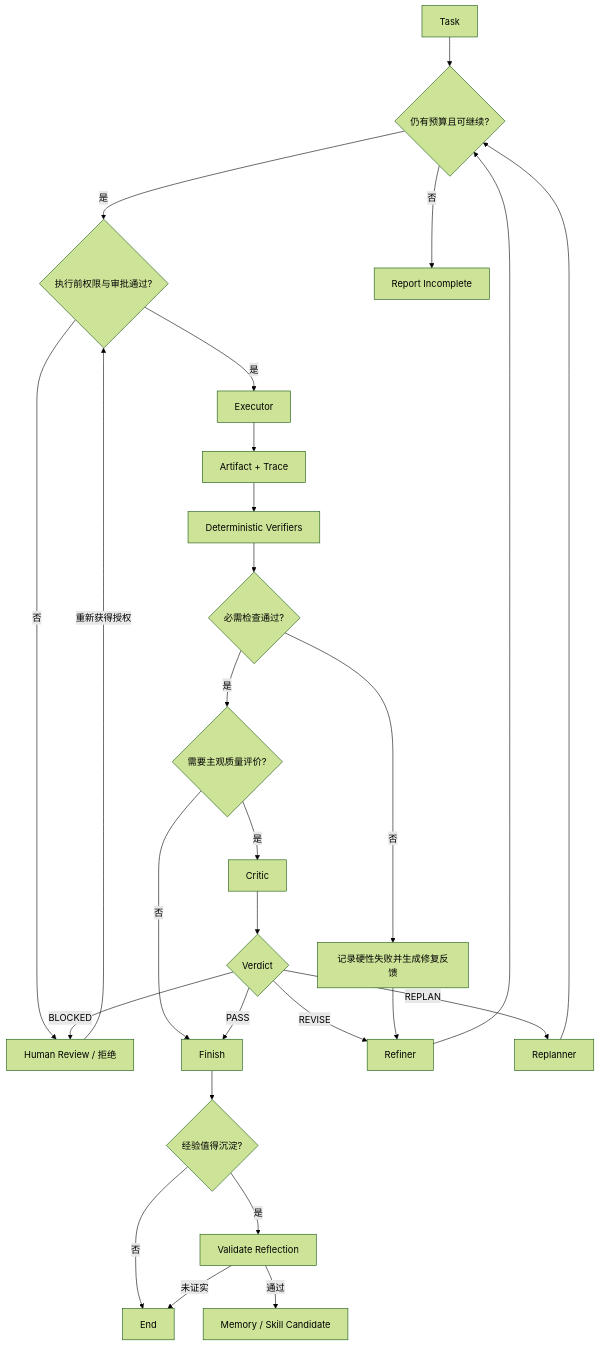
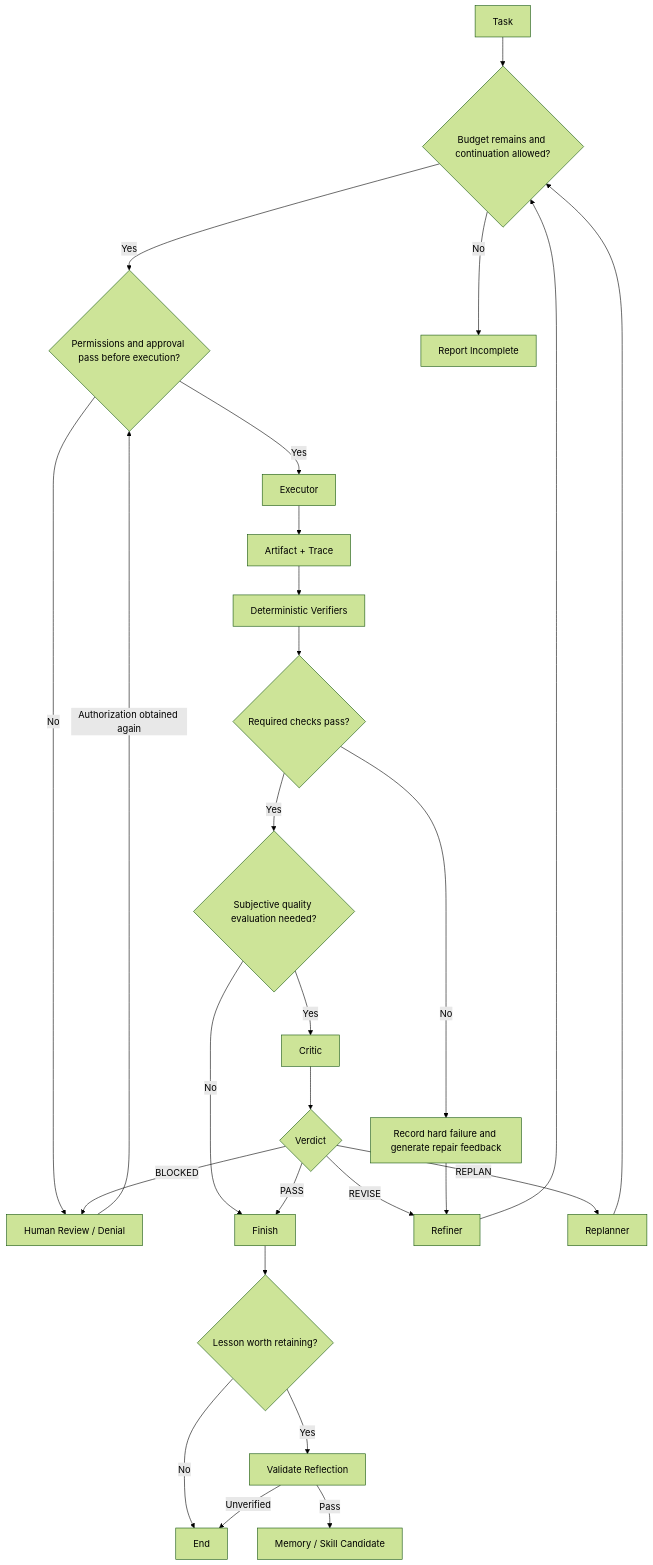
Before and after one commit to oneleaveknowsthefall/awesome-ai-roadmap: diagram 23 of 23 in docs/agent/02-reasoning-planning/12-agent-reflection.md, drawn with Mermaid (forest theme). The commit also changed other lines of this file and 68 other files, not shown here.

````diff
--- a/docs/agent/02-reasoning-planning/12-agent-reflection.md
+++ b/docs/agent/02-reasoning-planning/12-agent-reflection.md
@@ -1144,33 +1144,33 @@
 ```mermaid
 flowchart TB
-    TASK[Task] --> BUDGET{仍有预算且可继续?}
-    BUDGET -->|是| GATE{执行前权限与审批通过?}
-    BUDGET -->|否| PARTIAL[Report Incomplete]
-    GATE -->|是| EXEC[Executor]
-    GATE -->|否| HUMAN[Human Review / 拒绝]
-    HUMAN -->|重新获得授权| GATE
+    TASK[Task] --> BUDGET{Budget remains and continuation allowed?}
+    BUDGET -->|Yes| GATE{Permissions and approval pass before execution?}
+    BUDGET -->|No| PARTIAL[Report Incomplete]
+    GATE -->|Yes| EXEC[Executor]
+    GATE -->|No| HUMAN[Human Review / Denial]
+    HUMAN -->|Authorization obtained again| GATE
     EXEC --> ART[Artifact + Trace]
 
     ART --> DV[Deterministic Verifiers]
-    DV --> HARD{必需检查通过?}
-    HARD -->|否| FAILURE[记录硬性失败并生成修复反馈]
-    HARD -->|是| NEED{需要主观质量评价?}
-    NEED -->|否| DONE[Finish]
-    NEED -->|是| CRITIC[Critic]
+    DV --> HARD{Required checks pass?}
+    HARD -->|No| FAILURE[Record hard failure and generate repair feedback]
+    HARD -->|Yes| NEED{Subjective quality evaluation needed?}
+    NEED -->|No| DONE[Finish]
+    NEED -->|Yes| CRITIC[Critic]
 
     CRITIC --> VERDICT{Verdict}
     VERDICT -->|PASS| DONE
     VERDICT -->|REVISE| REFINE[Refiner]
     VERDICT -->|REPLAN| PLAN[Replanner]
     VERDICT -->|BLOCKED| HUMAN
     FAILURE --> REFINE
 
     REFINE --> BUDGET
     PLAN --> BUDGET
 
-    DONE --> CONS{经验值得沉淀?}
-    CONS -->|否| END[End]
-    CONS -->|是| VALIDATE[Validate Reflection]
-    VALIDATE -->|通过| MEMORY[Memory / Skill Candidate]
-    VALIDATE -->|未证实| END
+    DONE --> CONS{Lesson worth retaining?}
+    CONS -->|No| END[End]
+    CONS -->|Yes| VALIDATE[Validate Reflection]
+    VALIDATE -->|Pass| MEMORY[Memory / Skill Candidate]
+    VALIDATE -->|Unverified| END
 ```
````
